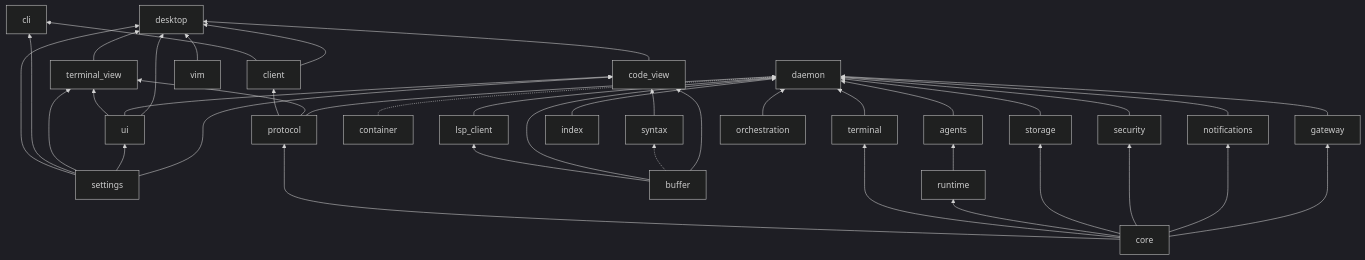
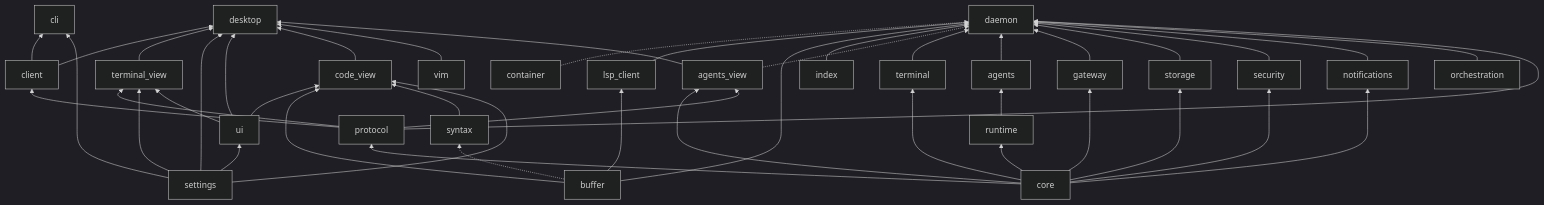
The second of 8 diagrams in docs/architecture.md (robertt3kuk/hutan), drawn with Mermaid (dark theme) before and after one commit. The commit also changed other lines of this file and 2 other files, not shown here.

Commit message:
docs(architecture): the agents_view crate and its place in the dependency graph (AGENTS-BOARD-A)

````diff
--- a/docs/architecture.md
+++ b/docs/architecture.md
@@ -62,26 +63,28 @@
 ```mermaid
 flowchart BT
   core --> protocol
   protocol --> client
   client --> cli
   client --> desktop
   protocol --> terminal_view --> desktop
   settings --> desktop
   settings --> cli
   settings --> terminal_view
   settings --> ui
   ui --> terminal_view & code_view & desktop
   core --> terminal & runtime & storage & security & notifications
   buffer
   container -.-> daemon
   buffer --> lsp_client
   lsp_client & buffer --> daemon
   buffer -.-> syntax
   buffer & syntax & settings --> code_view --> desktop
   vim --> desktop
   index --> daemon
   runtime --> agents
+  core & protocol --> agents_view --> desktop
+  agents_view -.-> daemon
   core --> gateway
   terminal & agents & gateway & storage & security & notifications & orchestration --> daemon
   protocol --> daemon
 ```
````
